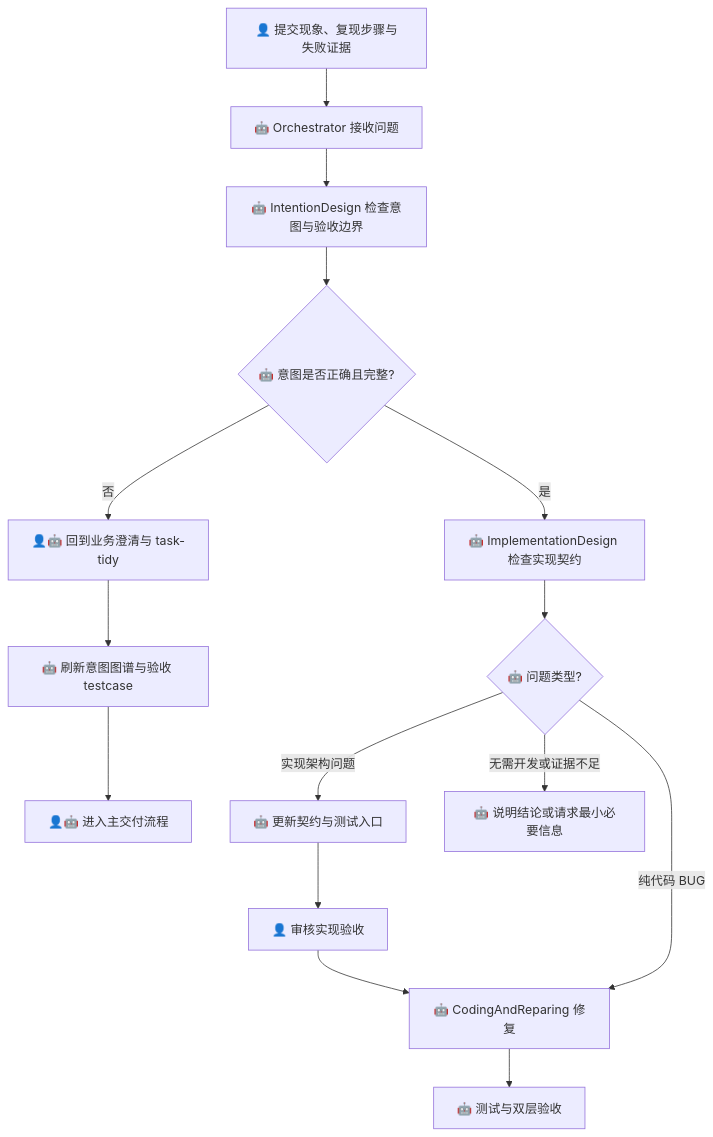
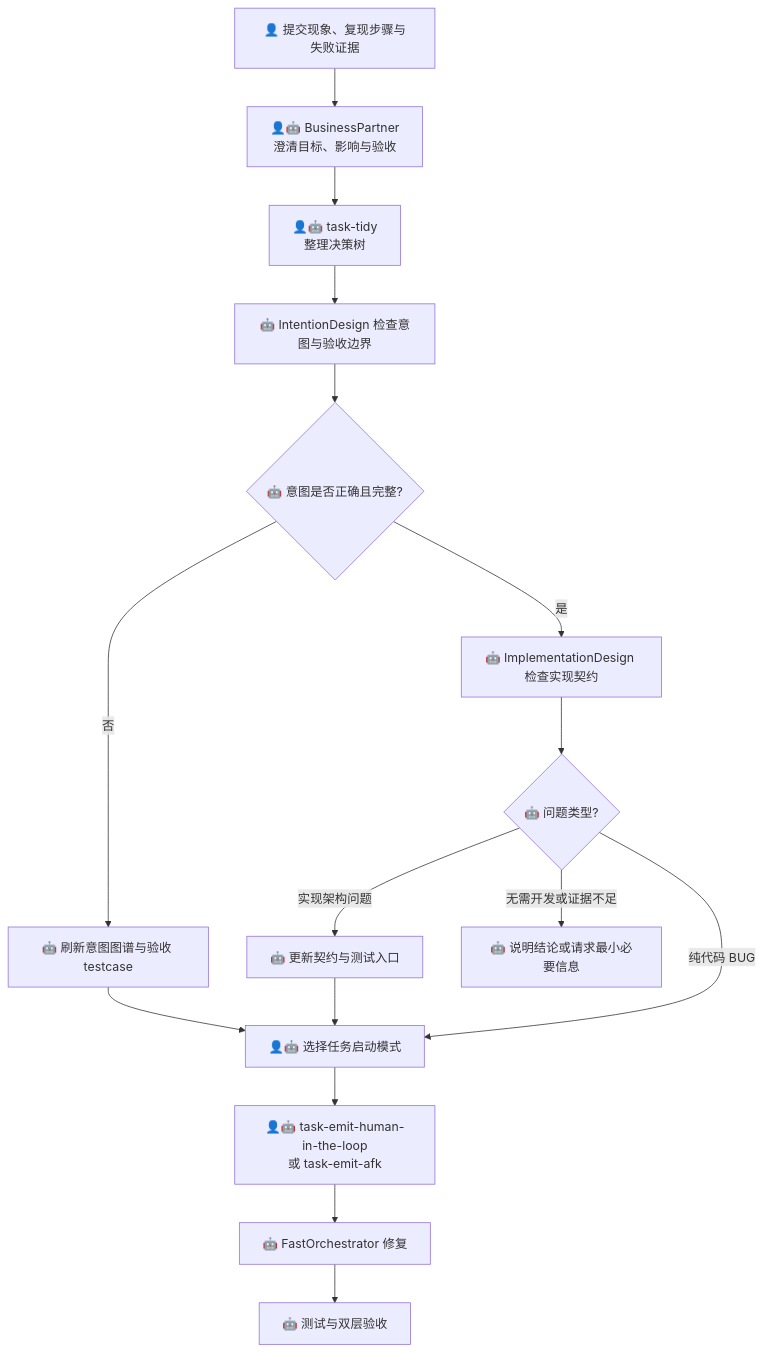
One commit to derekhu0002/Argo changed the second of 11 diagrams in design/argo-harness/usage-scenarios/README.md. Above: the diagram before and after it, drawn with Mermaid. The commit also changed other lines of this file and 3 other files, not shown here.

````diff
--- a/design/argo-harness/usage-scenarios/README.md
+++ b/design/argo-harness/usage-scenarios/README.md
@@ -45,17 +48,18 @@
 ```mermaid
 flowchart TD
-    A[👤 提交现象、复现步骤与失败证据] --> B[🤖 Orchestrator 接收问题]
-    B --> C[🤖 IntentionDesign 检查意图与验收边界]
-    C --> D{🤖 意图是否正确且完整?}
-    D -- 否 --> E[👤🤖 回到业务澄清与 task-tidy]
-    E --> F[🤖 刷新意图图谱与验收 testcase]
-    F --> G[👤🤖 进入主交付流程]
-    D -- 是 --> H[🤖 ImplementationDesign 检查实现契约]
+    A[👤 提交现象、复现步骤与失败证据] --> B[👤🤖 BusinessPartner<br/>澄清目标、影响与验收]
+    B --> C[👤🤖 task-tidy<br/>整理决策树]
+    C --> D[🤖 IntentionDesign 检查意图与验收边界]
+    D --> E{🤖 意图是否正确且完整?}
+    E -- 否 --> F[🤖 刷新意图图谱与验收 testcase]
+    F --> G[👤🤖 选择任务启动模式]
+    E -- 是 --> H[🤖 ImplementationDesign 检查实现契约]
     H --> I{🤖 问题类型?}
     I -- 实现架构问题 --> J[🤖 更新契约与测试入口]
-    J --> K[👤 审核实现验收]
-    K --> L[🤖 CodingAndReparing 修复]
-    I -- 纯代码 BUG --> L
+    J --> G
+    I -- 纯代码 BUG --> G
     I -- 无需开发或证据不足 --> N[🤖 说明结论或请求最小必要信息]
-    L --> O[🤖 测试与双层验收]
+    G --> O[👤🤖 task-emit-human-in-the-loop<br/>或 task-emit-afk]
+    O --> P[🤖 FastOrchestrator 修复]
+    P --> Q[🤖 测试与双层验收]
 ```
````
